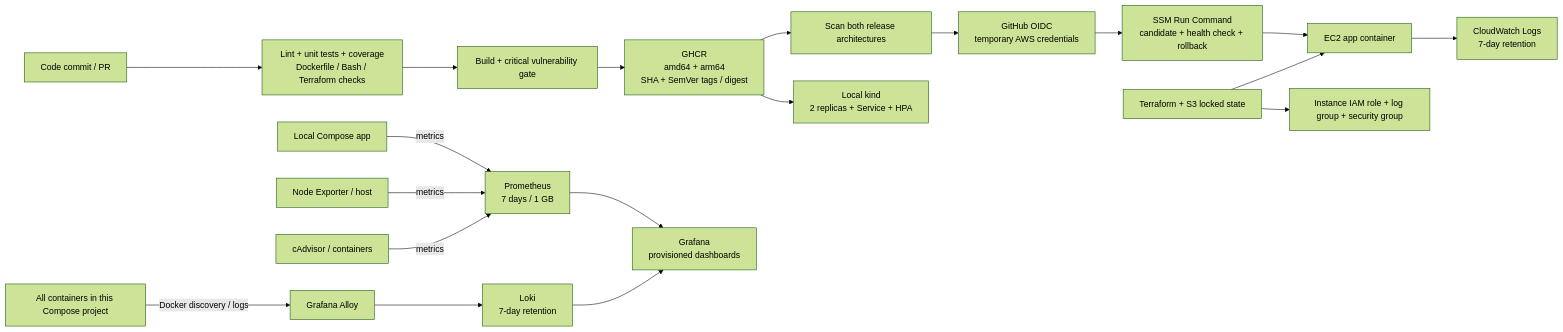
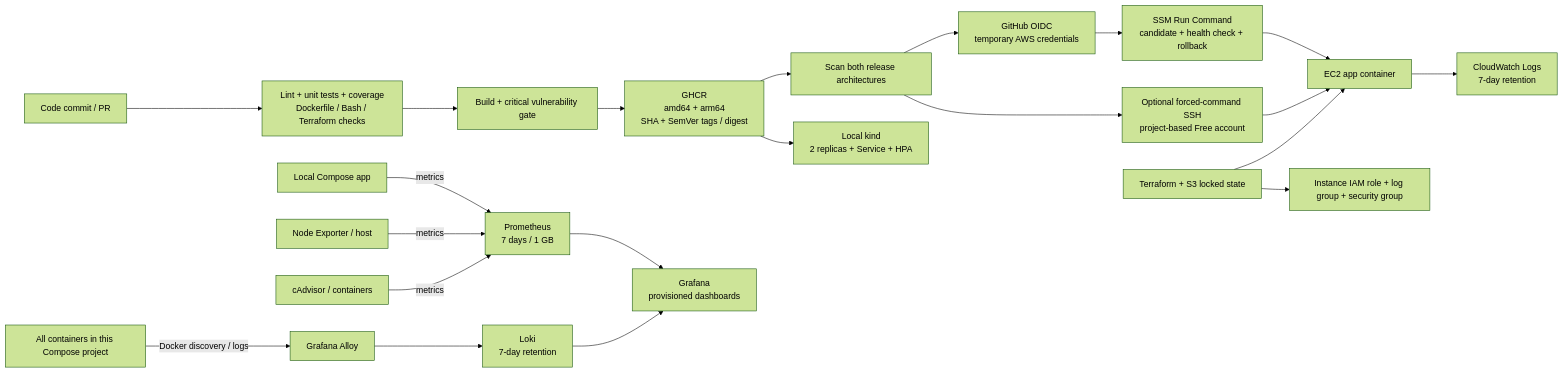
Before and after one commit to sakibulhaque2002/DevOps-observable-service: the diagram in README.md, drawn with Mermaid (forest theme). The commit also changed other lines of this file and 11 other files, not shown here.

Commit message:
feat: support restricted SSH deployment on project-based Free accounts

````diff
--- a/README.md
+++ b/README.md
@@ -23,21 +23,23 @@
 ```mermaid
 flowchart LR
     Commit[Code commit / PR] --> CI[Lint + unit tests + coverage\nDockerfile / Bash / Terraform checks]
     CI --> Scan[Build + critical vulnerability gate]
     Scan --> Registry[GHCR\namd64 + arm64\nSHA + SemVer tags / digest]
     Registry --> ReleaseScan[Scan both release architectures]
     ReleaseScan --> OIDC[GitHub OIDC\ntemporary AWS credentials]
     OIDC --> SSM[SSM Run Command\ncandidate + health check + rollback]
     SSM --> EC2[EC2 app container]
+    ReleaseScan --> SSH[Optional forced-command SSH\nproject-based Free account]
+    SSH --> EC2
     TF[Terraform + S3 locked state] --> EC2
     TF --> IAM[Instance IAM role + log group + security group]
     EC2 --> CW[CloudWatch Logs\n7-day retention]
     Registry --> K8s[Local kind\n2 replicas + Service + HPA]
     Local[Local Compose app] -->|metrics| Prom[Prometheus\n7 days / 1 GB]
     Node[Node Exporter / host] -->|metrics| Prom
     Cad[cAdvisor / containers] -->|metrics| Prom
     Containers[All containers in this Compose project] -->|Docker discovery / logs| Alloy[Grafana Alloy]
     Alloy --> Loki[Loki\n7-day retention]
     Prom --> Grafana[Grafana\nprovisioned dashboards]
     Loki --> Grafana
 ```
````
